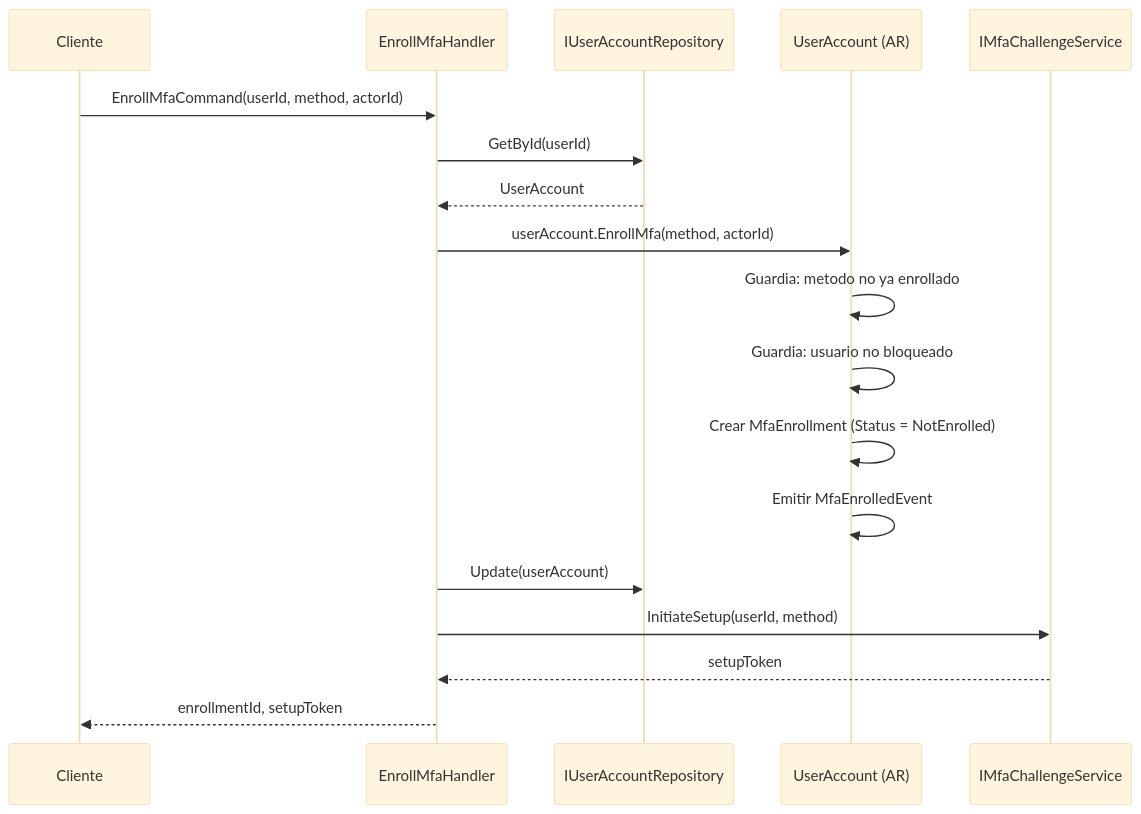
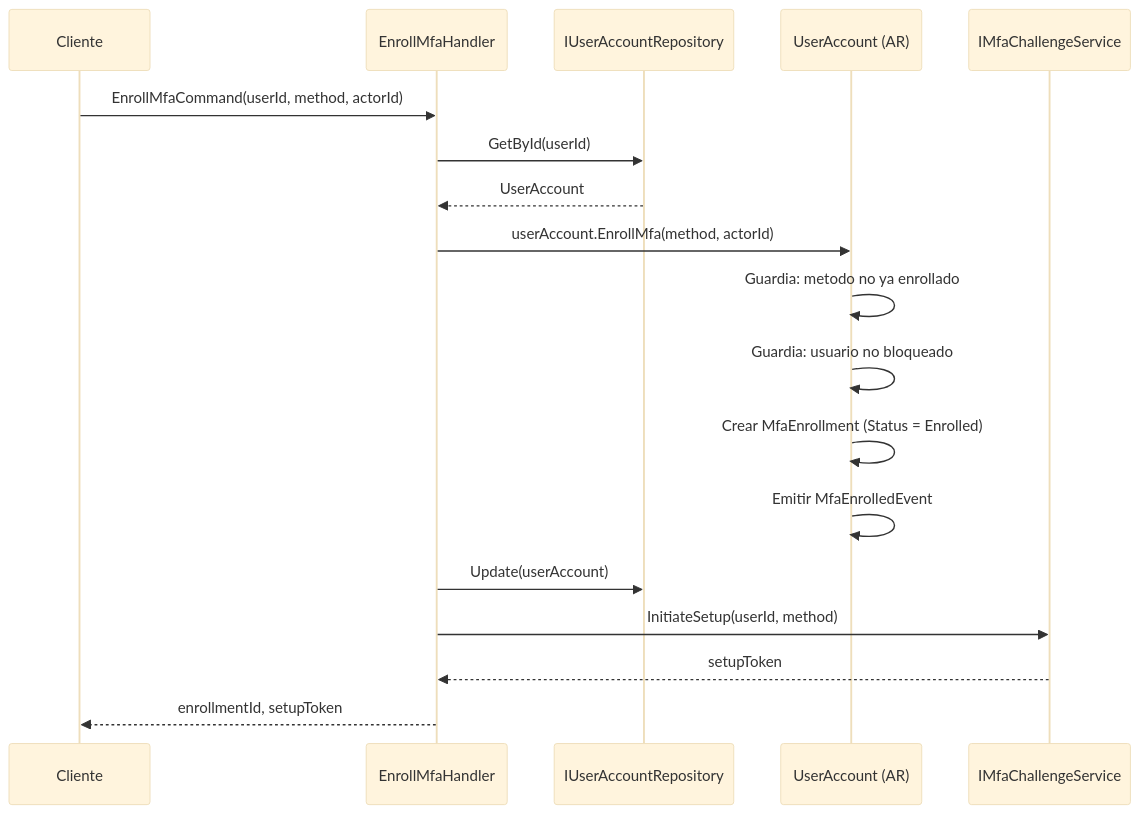
Before and after one commit to beyondnetcode/ums: the fifth of 8 diagrams in docs/domain-es/identity/user-account.md, drawn with Mermaid (base theme). The commit also changed other lines of this file and 3 other files, not shown here.

````diff
--- a/docs/domain-es/identity/user-account.md
+++ b/docs/domain-es/identity/user-account.md
@@ -207,21 +206,21 @@
 ```mermaid
 sequenceDiagram
     participant C as Cliente
     participant H as EnrollMfaHandler
     participant R as IUserAccountRepository
     participant U as UserAccount (AR)
     participant MFA as IMfaChallengeService
 
     C->>H: EnrollMfaCommand(userId, method, actorId)
     H->>R: GetById(userId)
     R-->>H: UserAccount
     H->>U: userAccount.EnrollMfa(method, actorId)
     U->>U: Guardia: metodo no ya enrollado
     U->>U: Guardia: usuario no bloqueado
-    U->>U: Crear MfaEnrollment (Status = NotEnrolled)
+    U->>U: Crear MfaEnrollment (Status = Enrolled)
     U->>U: Emitir MfaEnrolledEvent
     H->>R: Update(userAccount)
     H->>MFA: InitiateSetup(userId, method)
     MFA-->>H: setupToken
     H-->>C: enrollmentId, setupToken
 ```
````
